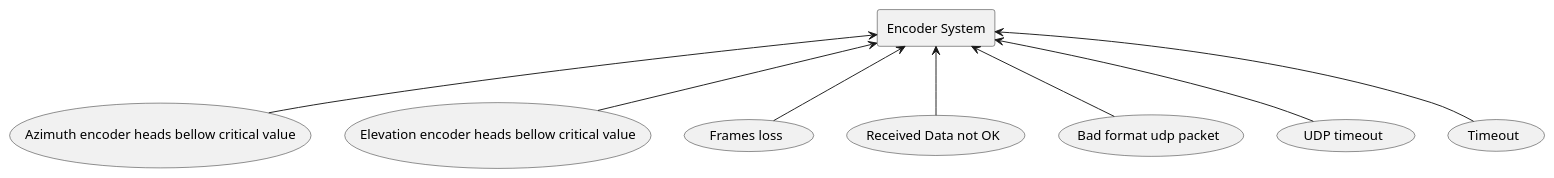
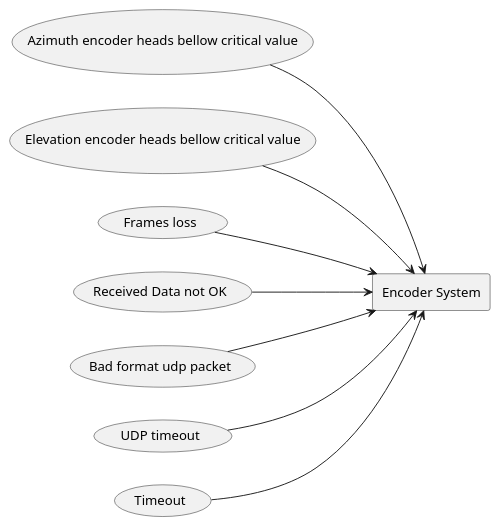
One commit to lsst-ts/ts_tma_tma-documentation_tma-faults changed the eighth of 18 diagrams in README.md. Above: the diagram before and after it, drawn with PlantUML. The commit also changed other lines of this file, not shown here.

Commit message:
refactor: change the diagrams to be left to right instead of top to bottom

````diff
--- a/README.md
+++ b/README.md
@@ -592,27 +598,28 @@
 ```plantuml
 @startuml
+left to right direction
 rectangle "Encoder System" as EncoderSystem
 usecase "Azimuth encoder heads bellow critical value" as Azimuthencoderheadsbellowcriticalvalue
 
-Azimuthencoderheadsbellowcriticalvalue -u-> EncoderSystem
+Azimuthencoderheadsbellowcriticalvalue --> EncoderSystem
 usecase "Elevation encoder heads bellow critical value" as Elevationencoderheadsbellowcriticalvalue
 
-Elevationencoderheadsbellowcriticalvalue -u-> EncoderSystem
+Elevationencoderheadsbellowcriticalvalue --> EncoderSystem
 usecase "Frames loss" as Framesloss
 
-Framesloss -u-> EncoderSystem
+Framesloss --> EncoderSystem
 usecase "Received Data not OK" as ReceivedDatanotOK
 
-ReceivedDatanotOK -u-> EncoderSystem
+ReceivedDatanotOK --> EncoderSystem
 usecase "Bad format udp packet" as Badformatudppacket
 
-Badformatudppacket -u-> EncoderSystem
+Badformatudppacket --> EncoderSystem
 usecase "UDP timeout" as UDPtimeout
 
-UDPtimeout -u-> EncoderSystem
+UDPtimeout --> EncoderSystem
 usecase "Timeout" as Timeout
 
-Timeout -u-> EncoderSystem
+Timeout --> EncoderSystem
 
 @enduml
 ```
````
